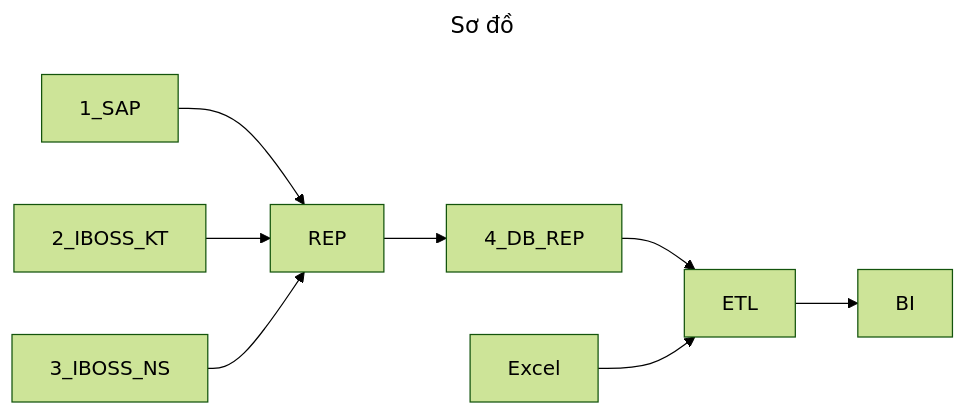
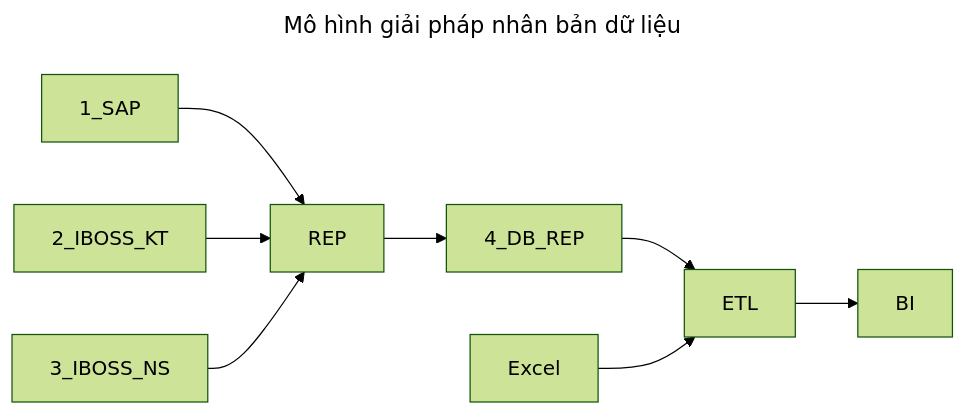
The diagram in HDSD_TLTL.md (hoanglong8/FoxAI-Data-Analyst), drawn with Mermaid (forest theme) before and after one commit. The commit also changed other lines of this file, not shown here.

````diff
--- a/HDSD_TLTL.md
+++ b/HDSD_TLTL.md
@@ -40,11 +39,11 @@
 ```mermaid
 ---
-title: Sơ đồ 
+title: Mô hình giải pháp nhân bản dữ liệu
 ---
 flowchart LR
     1_SAP --> REP
     2_IBOSS_KT --> REP
     3_IBOSS_NS --> REP
     REP --> 4_DB_REP --> ETL --> BI
     Excel --> ETL
 ```
````
